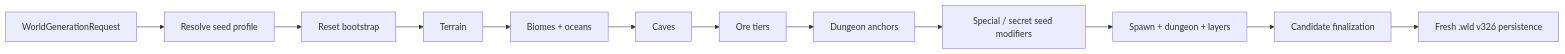
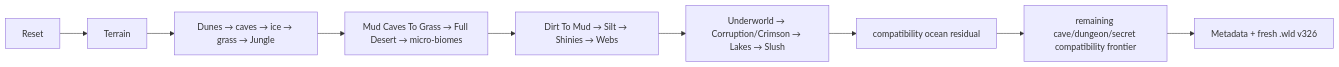
One commit to VegaKernel/TerraRuntime changed the diagram in docs/en/vanilla-world-generation.md. Above: the diagram before and after it, drawn with Mermaid. The commit also changed other lines of this file and 5 other files, not shown here.

````diff
--- a/docs/en/vanilla-world-generation.md
+++ b/docs/en/vanilla-world-generation.md
@@ -14,14 +16,11 @@
 ```mermaid
 flowchart LR
-    Request["WorldGenerationRequest"] --> Resolve["Resolve seed profile"]
-    Resolve --> Reset["Reset bootstrap"]
-    Reset --> Terrain["Terrain"]
-    Terrain --> Biomes["Biomes + oceans"]
-    Biomes --> Caves["Caves"]
-    Caves --> Ores["Ore tiers"]
-    Ores --> Dungeon["Dungeon anchors"]
-    Dungeon --> Secrets["Special / secret seed modifiers"]
-    Secrets --> Metadata["Spawn + dungeon + layers"]
-    Metadata --> Finalize["Candidate finalization"]
-    Finalize --> Wld["Fresh .wld v326 persistence"]
+    Reset["Reset"] --> Terrain["Terrain"]
+    Terrain --> Early["Dunes → caves → ice → grass → Jungle"]
+    Early --> Mid["Mud Caves To Grass → Full Desert → micro-biomes"]
+    Mid --> Resources["Dirt To Mud → Silt → Shinies → Webs"]
+    Resources --> Deep["Underworld → Corruption/Crimson → Lakes → Slush"]
+    Deep --> Ocean["compatibility ocean residual"]
+    Ocean --> Compat["remaining cave/dungeon/secret compatibility frontier"]
+    Compat --> Metadata["Metadata + fresh .wld v326"]
 ```
````
